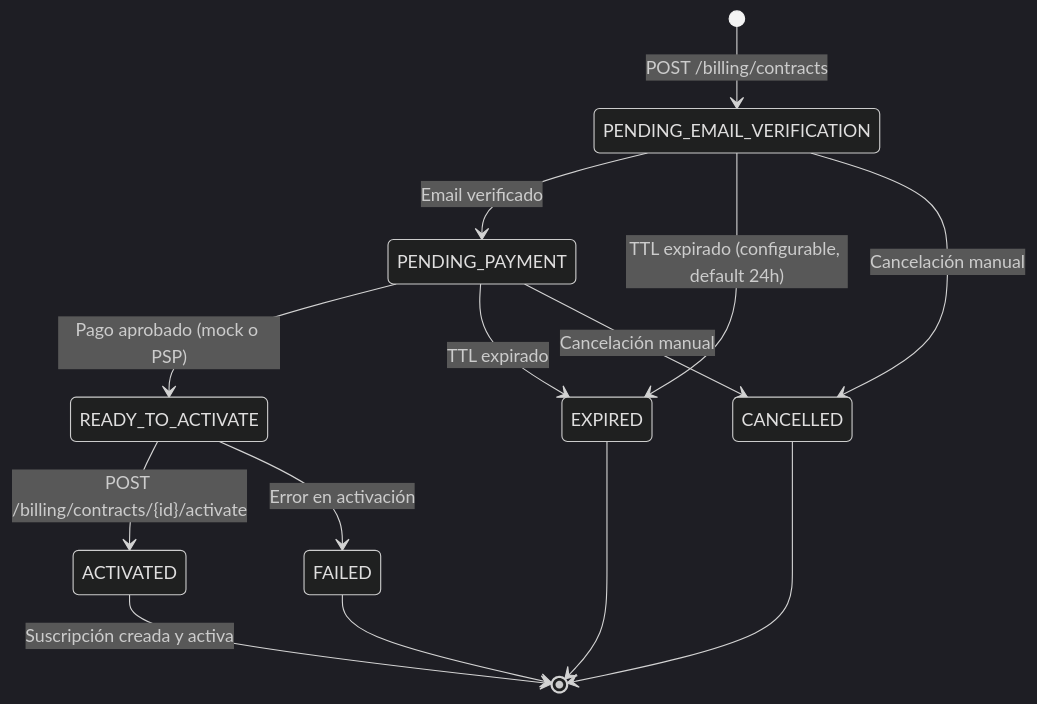
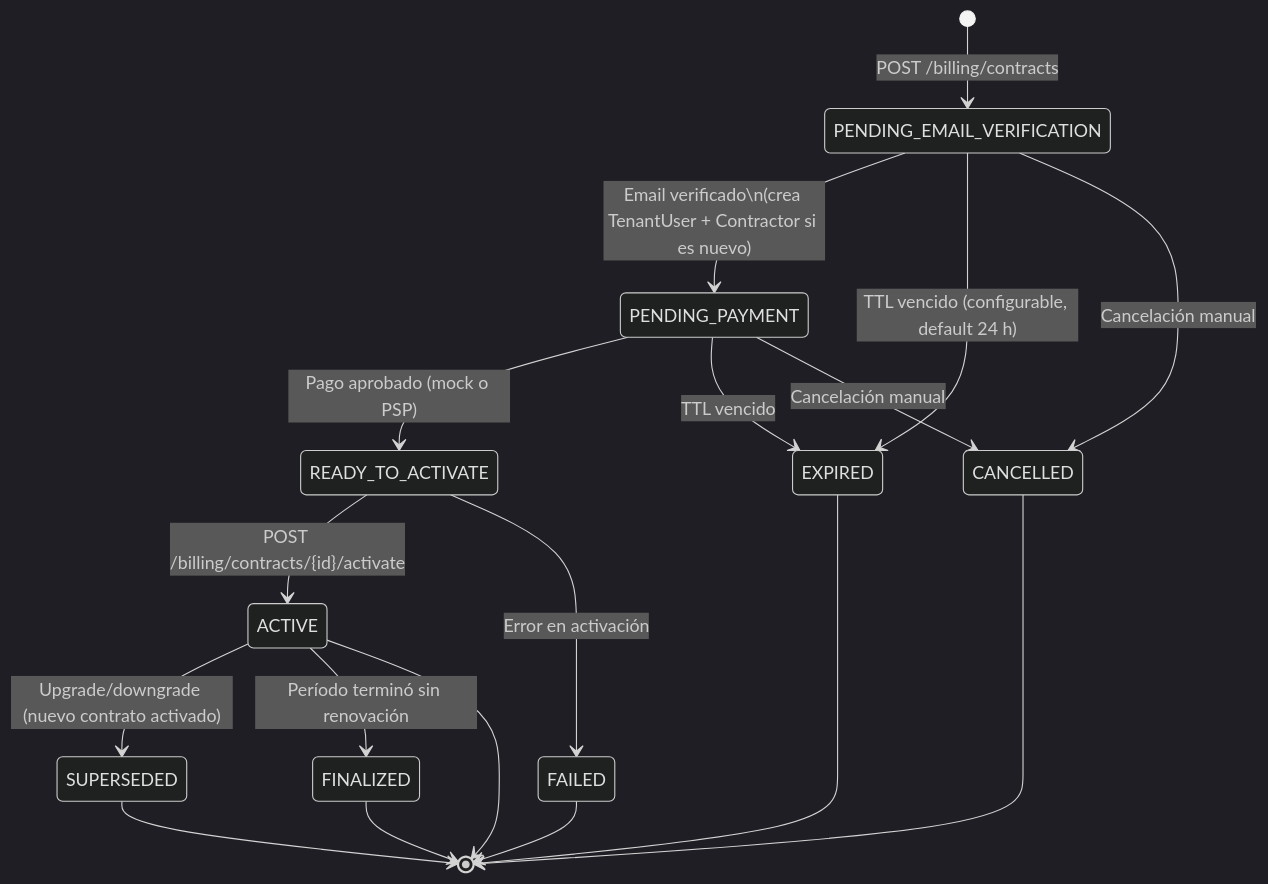
One commit to cmartinezs/keygo-web-ui changed the third of 8 diagrams in docs/BILLING_FLOW.md. Above: the diagram before and after it, drawn with Mermaid (dark theme). The commit also changed other lines of this file and 17 other files, not shown here.

````diff
--- a/docs/BILLING_FLOW.md
+++ b/docs/BILLING_FLOW.md
@@ -101,20 +134,25 @@
 ```mermaid
 stateDiagram-v2
     [*] --> PENDING_EMAIL_VERIFICATION : POST /billing/contracts
 
-    PENDING_EMAIL_VERIFICATION --> PENDING_PAYMENT : Email verificado
-    PENDING_EMAIL_VERIFICATION --> EXPIRED : TTL expirado (configurable, default 24h)
+    PENDING_EMAIL_VERIFICATION --> PENDING_PAYMENT : Email verificado\n(crea TenantUser + Contractor si es nuevo)
+    PENDING_EMAIL_VERIFICATION --> EXPIRED : TTL vencido (configurable, default 24 h)
     PENDING_EMAIL_VERIFICATION --> CANCELLED : Cancelación manual
 
     PENDING_PAYMENT --> READY_TO_ACTIVATE : Pago aprobado (mock o PSP)
-    PENDING_PAYMENT --> EXPIRED : TTL expirado
+    PENDING_PAYMENT --> EXPIRED : TTL vencido
     PENDING_PAYMENT --> CANCELLED : Cancelación manual
 
-    READY_TO_ACTIVATE --> ACTIVATED : POST /billing/contracts/{id}/activate
+    READY_TO_ACTIVATE --> ACTIVE : POST /billing/contracts/{id}/activate
     READY_TO_ACTIVATE --> FAILED : Error en activación
 
-    ACTIVATED --> [*] : Suscripción creada y activa
+    ACTIVE --> SUPERSEDED : Upgrade/downgrade (nuevo contrato activado)
+    ACTIVE --> FINALIZED : Período terminó sin renovación
+
+    ACTIVE --> [*]
+    SUPERSEDED --> [*]
+    FINALIZED --> [*]
     EXPIRED --> [*]
     CANCELLED --> [*]
     FAILED --> [*]
 ```
````
